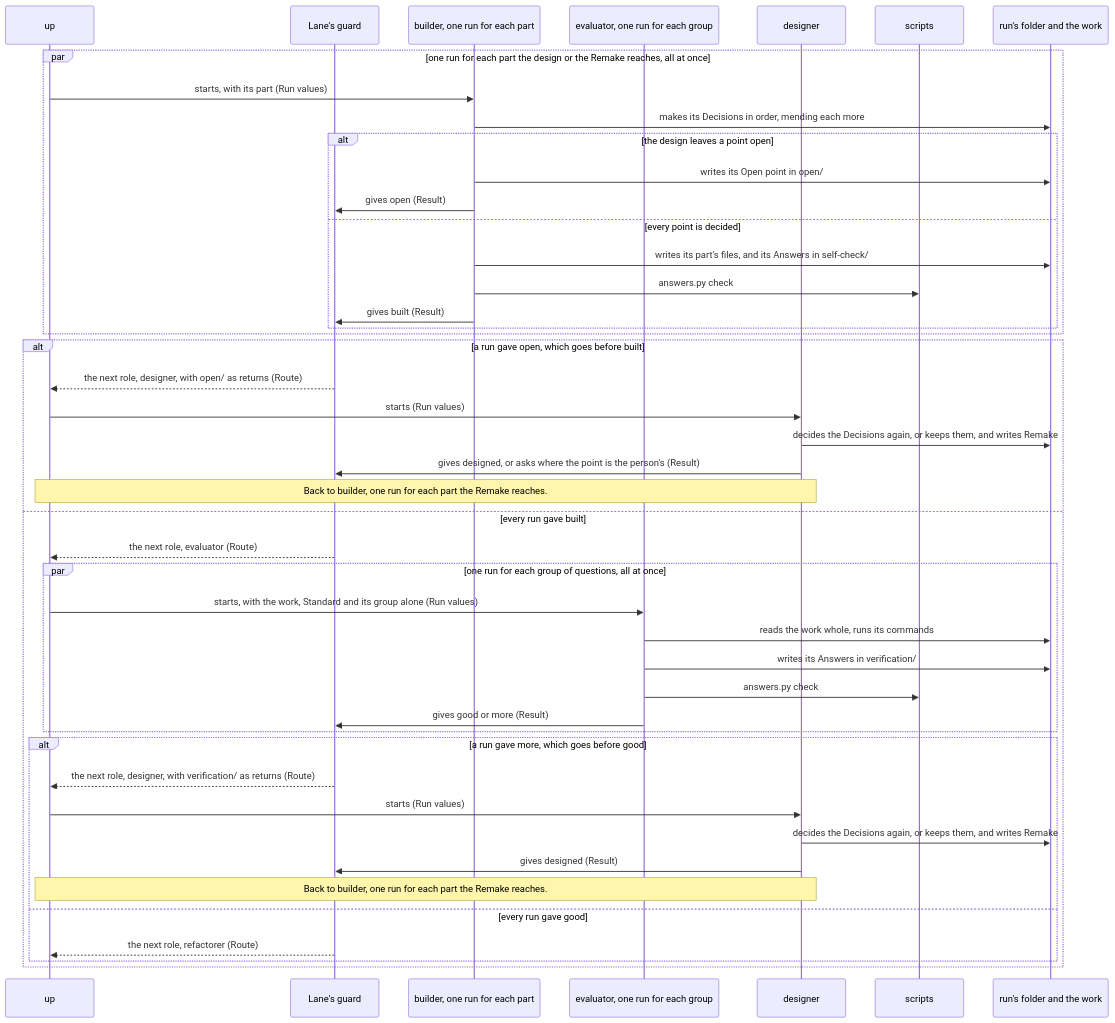
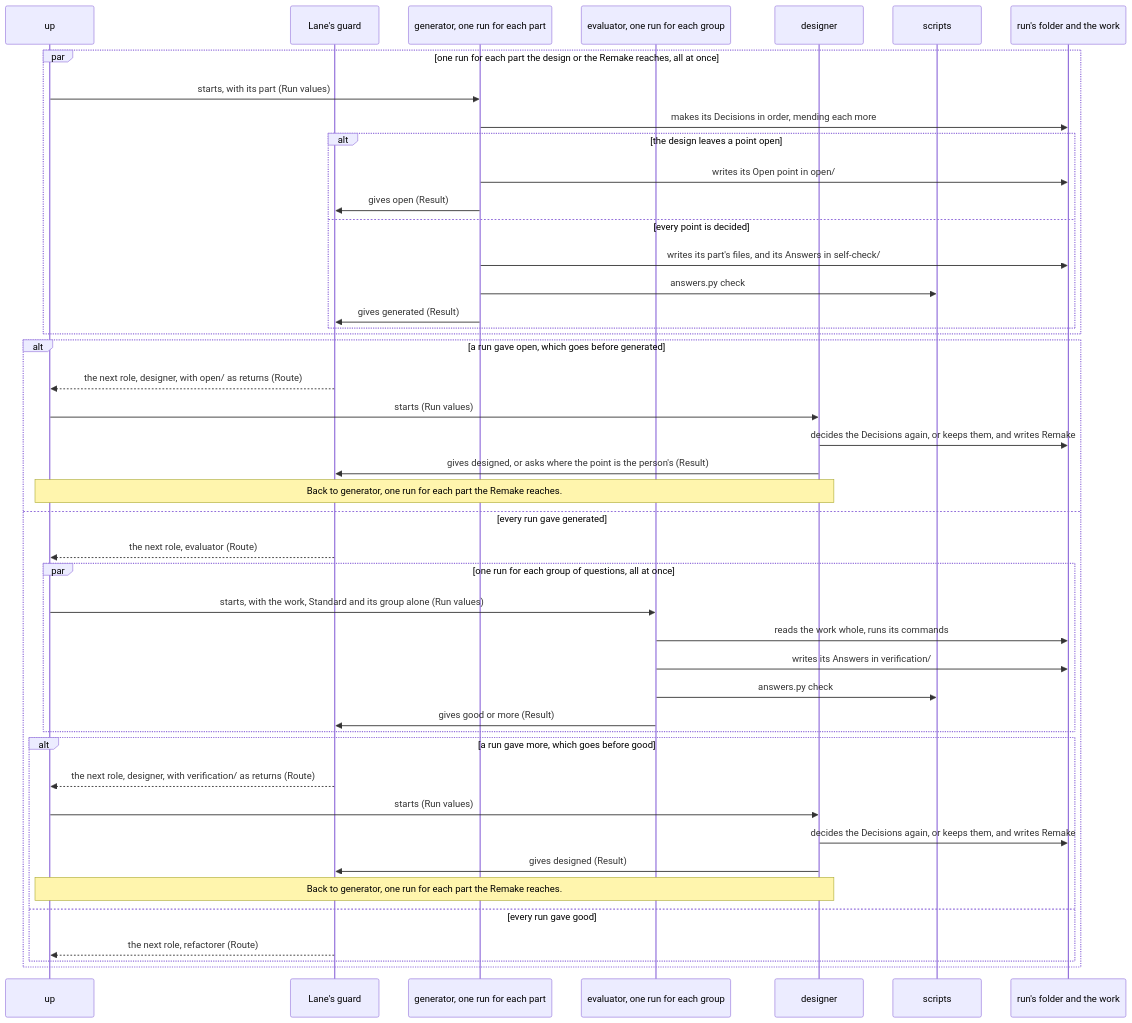
Before and after one commit to lovaizu/ccpm: the fourth of 9 diagrams in dev/turn/architecture.md, drawn with Mermaid. The commit also changed other lines of this file and 45 other files, not shown here.

First line of the commit message:
turn: the role that makes the work from the design is generator, paired with evaluator as Anthropic's harness design names them, its result generated; whoever develops a plugin or a product is a developer, so builder no longer means two things

````diff
--- a/dev/turn/architecture.md
+++ b/dev/turn/architecture.md
@@ -442,47 +442,47 @@
 ```mermaid
 sequenceDiagram
   participant U as up
   participant G as Lane's guard
-  participant B as builder, one run for each part
+  participant B as generator, one run for each part
   participant E as evaluator, one run for each group
   participant D as designer
   participant S as scripts
   participant F as run's folder and the work
   par one run for each part the design or the Remake reaches, all at once
     U->>B: starts, with its part (Run values)
     B->>F: makes its Decisions in order, mending each more
     alt the design leaves a point open
       B->>F: writes its Open point in open/
       B->>G: gives open (Result)
     else every point is decided
       B->>F: writes its part's files, and its Answers in self-check/
       B->>S: answers.py check
-      B->>G: gives built (Result)
+      B->>G: gives generated (Result)
     end
   end
-  alt a run gave open, which goes before built
+  alt a run gave open, which goes before generated
     G-->>U: the next role, designer, with open/ as returns (Route)
     U->>D: starts (Run values)
     D->>F: decides the Decisions again, or keeps them, and writes Remake
     D->>G: gives designed, or asks where the point is the person's (Result)
-    Note over U,D: Back to builder, one run for each part the Remake reaches.
-  else every run gave built
+    Note over U,D: Back to generator, one run for each part the Remake reaches.
+  else every run gave generated
     G-->>U: the next role, evaluator (Route)
     par one run for each group of questions, all at once
       U->>E: starts, with the work, Standard and its group alone (Run values)
       E->>F: reads the work whole, runs its commands
       E->>F: writes its Answers in verification/
       E->>S: answers.py check
       E->>G: gives good or more (Result)
     end
     alt a run gave more, which goes before good
       G-->>U: the next role, designer, with verification/ as returns (Route)
       U->>D: starts (Run values)
       D->>F: decides the Decisions again, or keeps them, and writes Remake
       D->>G: gives designed (Result)
-      Note over U,D: Back to builder, one run for each part the Remake reaches.
+      Note over U,D: Back to generator, one run for each part the Remake reaches.
     else every run gave good
       G-->>U: the next role, refactorer (Route)
     end
   end
 ```
````
